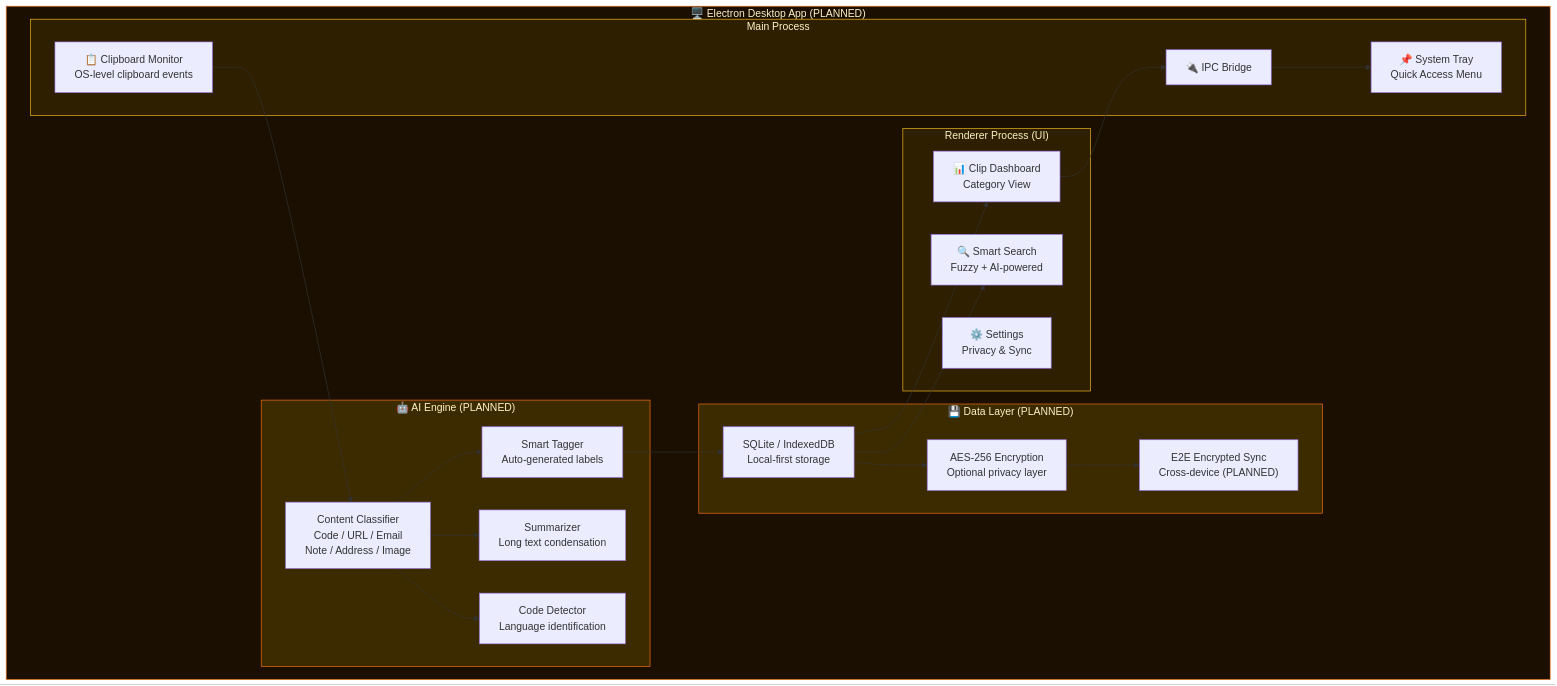
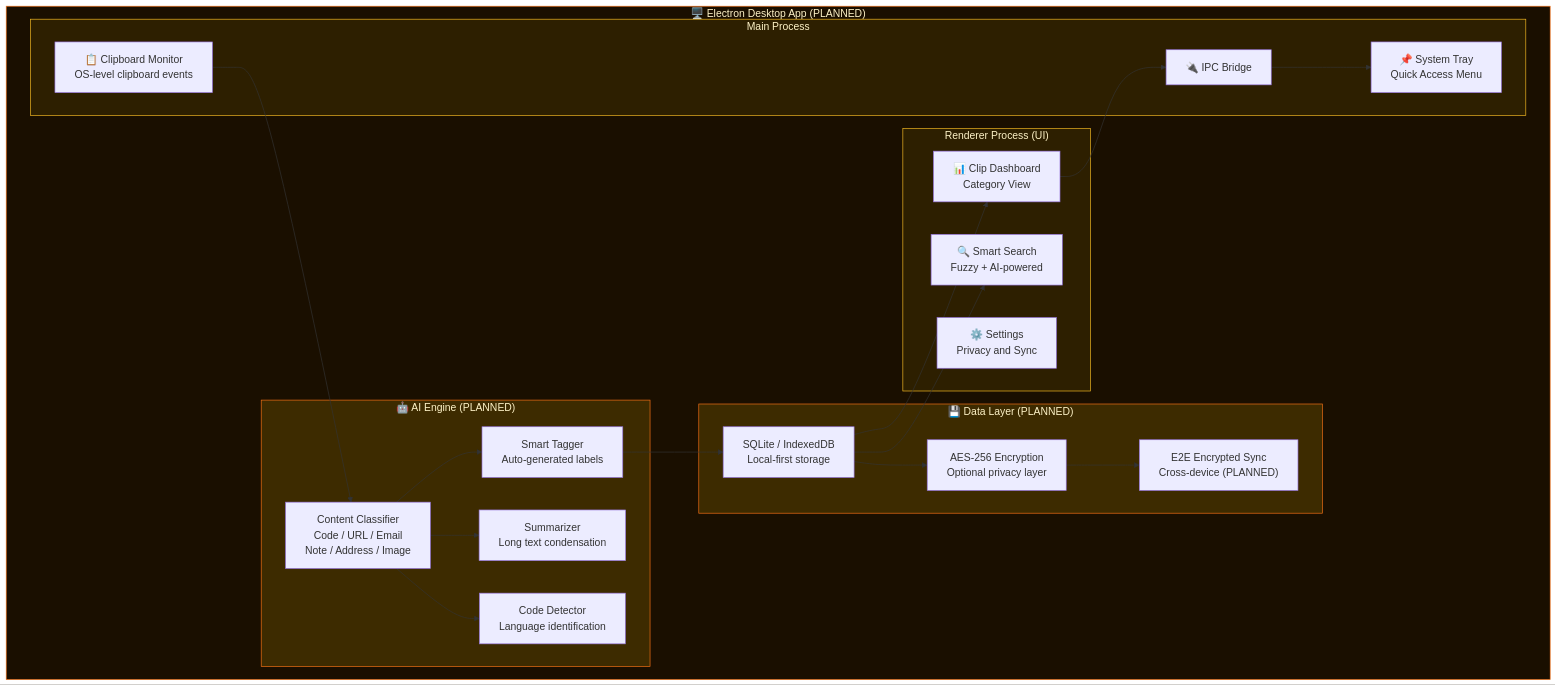
Before and after one commit to mulkymalikuldhrs/Clipper-AI: the first of 3 diagrams in README.md, drawn with Mermaid. The commit also changed other lines of this file and 1 other file, not shown here.

Commit message:
🎨 Upgrade: banner image + fixed Mermaid + animations + flow diagrams

````diff
--- a/README.md
+++ b/README.md
@@ -113,47 +67,47 @@
 ```mermaid
 flowchart TB
     subgraph Electron["🖥️ Electron Desktop App (PLANNED)"]
         subgraph MainProcess["Main Process"]
             ClipboardMonitor["📋 Clipboard Monitor<br/>OS-level clipboard events"]
             IPC["🔌 IPC Bridge"]
             TrayIcon["📌 System Tray<br/>Quick Access Menu"]
         end
 
         subgraph RendererProcess["Renderer Process (UI)"]
             Dashboard["📊 Clip Dashboard<br/>Category View"]
             SearchBar["🔍 Smart Search<br/>Fuzzy + AI-powered"]
-            Settings["⚙️ Settings<br/>Privacy & Sync"]
+            Settings["⚙️ Settings<br/>Privacy and Sync"]
         end
 
         subgraph AIEngine["🤖 AI Engine (PLANNED)"]
             Classifier["Content Classifier<br/>Code / URL / Email<br/>Note / Address / Image"]
             Tagger["Smart Tagger<br/>Auto-generated labels"]
             Summarizer["Summarizer<br/>Long text condensation"]
             CodeDetector["Code Detector<br/>Language identification"]
         end
 
         subgraph DataLayer["💾 Data Layer (PLANNED)"]
             LocalDB["SQLite / IndexedDB<br/>Local-first storage"]
             Encryptor["AES-256 Encryption<br/>Optional privacy layer"]
             SyncEngine["E2E Encrypted Sync<br/>Cross-device (PLANNED)"]
         end
     end
 
     ClipboardMonitor --> Classifier
     Classifier --> Tagger
     Classifier --> Summarizer
     Classifier --> CodeDetector
     Tagger --> LocalDB
     LocalDB --> Dashboard
     LocalDB --> SearchBar
     Dashboard --> IPC
     IPC --> TrayIcon
     LocalDB --> Encryptor
     Encryptor --> SyncEngine
 
     style Electron fill:#1a0f00,stroke:#f97316,color:#fef3c7
     style MainProcess fill:#2d1f00,stroke:#fbbf24,color:#fef3c7
     style RendererProcess fill:#2d1f00,stroke:#fbbf24,color:#fef3c7
     style AIEngine fill:#3d2b00,stroke:#f97316,color:#fef3c7
     style DataLayer fill:#3d2b00,stroke:#f97316,color:#fef3c7
 ```
````
